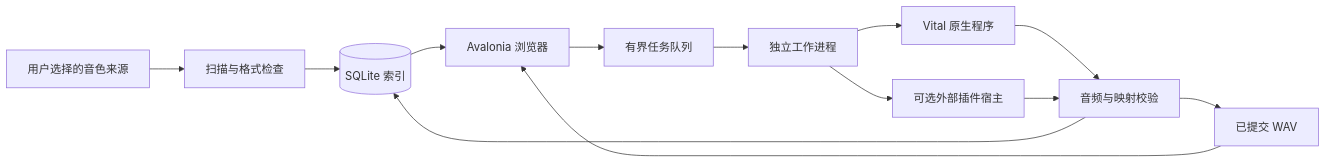
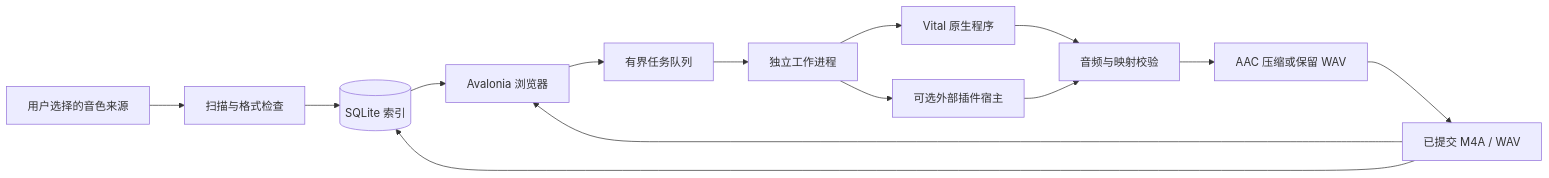
Before and after one commit to Reguluz/SoundPreviewer: the diagram in docs/architecture.md, drawn with Mermaid. The commit also changed other lines of this file and 41 other files, not shown here.

Commit message:
Store compact AAC previews while preserving legacy caches

````diff
--- a/docs/architecture.md
+++ b/docs/architecture.md
@@ -28,15 +28,16 @@
 ```mermaid
 flowchart LR
     Source[用户选择的音色来源] --> Scan[扫描与格式检查]
     Scan --> Store[(SQLite 索引)]
     Store --> Browser[Avalonia 浏览器]
     Browser --> Queue[有界任务队列]
     Queue --> Worker[独立工作进程]
     Worker --> Vital[Vital 原生程序]
     Worker --> External[可选外部插件宿主]
     Vital --> Validate[音频与映射校验]
     External --> Validate
-    Validate --> Audio[已提交 WAV]
-    Validate --> Store
+    Validate --> Encode[AAC 压缩或保留 WAV]
+    Encode --> Audio[已提交 M4A / WAV]
+    Audio --> Store
     Audio --> Browser
 ```
````
